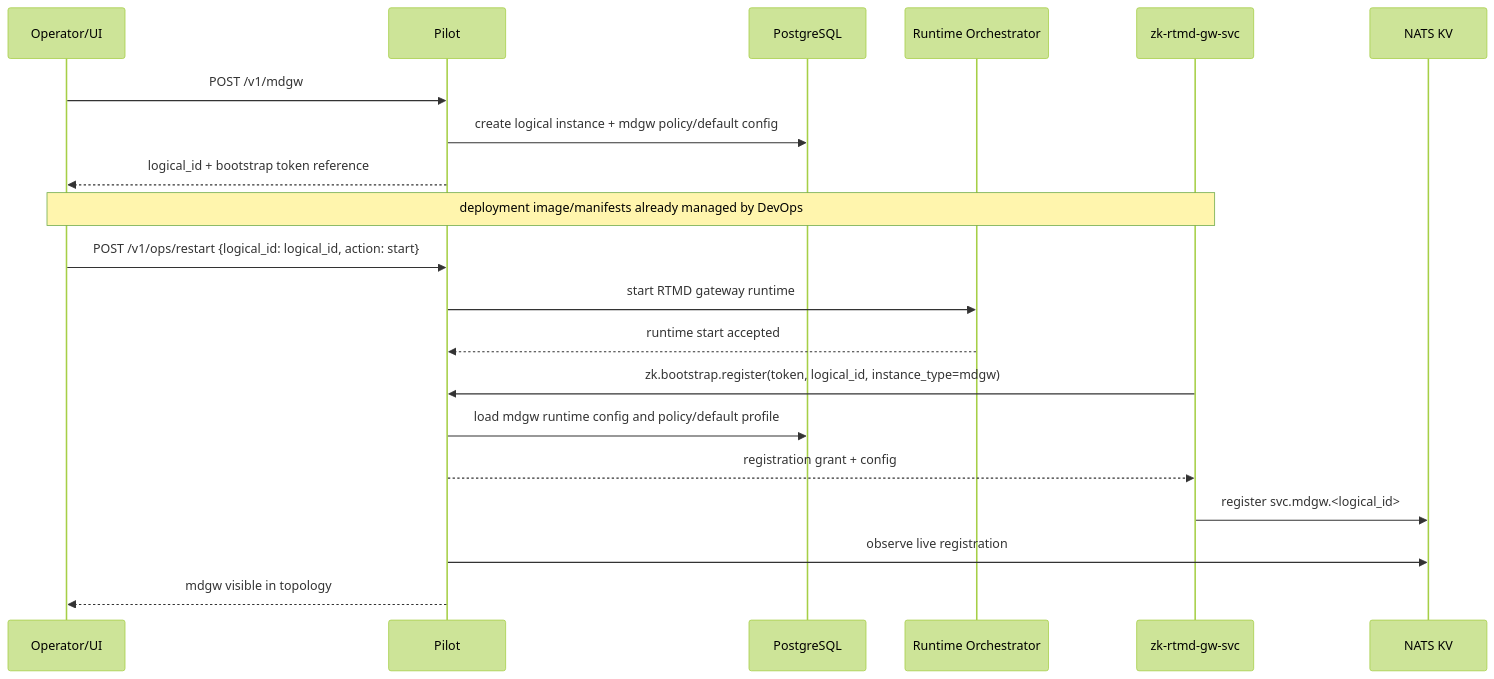
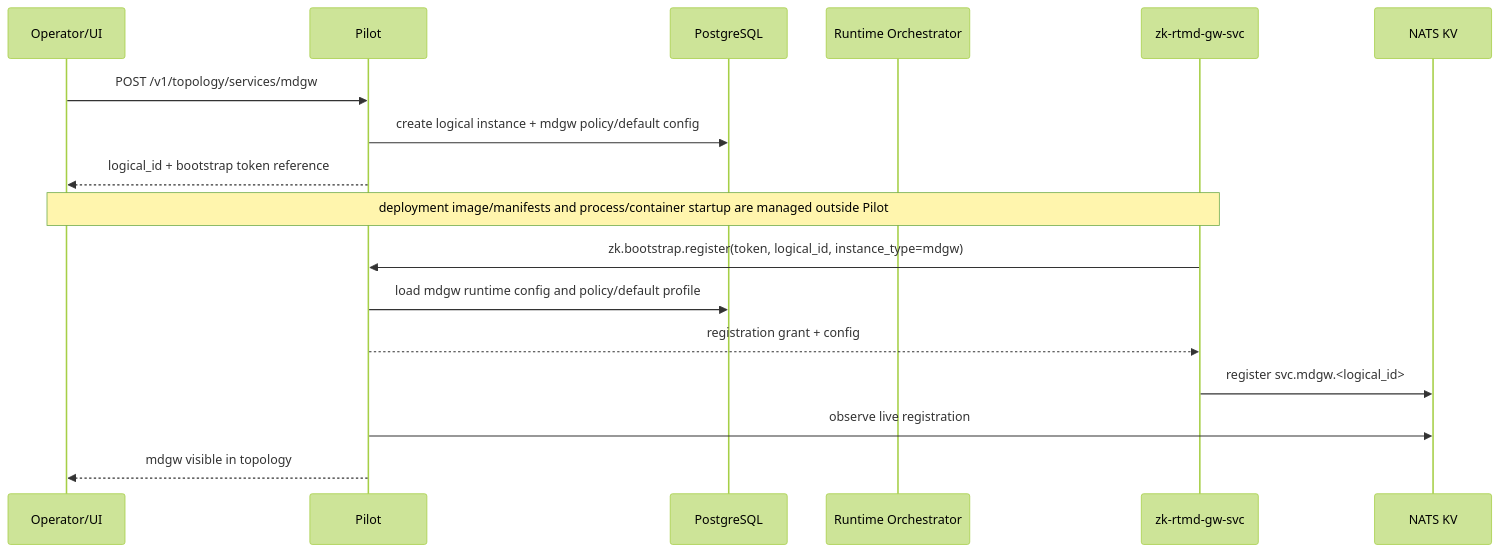
The third of 6 diagrams in docs/system-arch/services/pilot_service.md (soyvv/zkbot), drawn with Mermaid (forest theme) before and after one commit. The commit also changed other lines of this file and 10 other files, not shown here.

````diff
--- a/docs/system-arch/services/pilot_service.md
+++ b/docs/system-arch/services/pilot_service.md
@@ -539,24 +1238,21 @@
 ```mermaid
 sequenceDiagram
     participant U as Operator/UI
     participant P as Pilot
     participant DB as PostgreSQL
     participant R as Runtime Orchestrator
     participant MDGW as zk-rtmd-gw-svc
     participant KV as NATS KV
 
-    U->>P: POST /v1/mdgw
+    U->>P: POST /v1/topology/services/mdgw
     P->>DB: create logical instance + mdgw policy/default config
     P-->>U: logical_id + bootstrap token reference
 
-    Note over U,MDGW: deployment image/manifests already managed by DevOps
-    U->>P: POST /v1/ops/restart {logical_id: logical_id, action: start}
-    P->>R: start RTMD gateway runtime
-    R-->>P: runtime start accepted
+    Note over U,MDGW: deployment image/manifests and process/container startup are managed outside Pilot
     MDGW->>P: zk.bootstrap.register(token, logical_id, instance_type=mdgw)
     P->>DB: load mdgw runtime config and policy/default profile
     P-->>MDGW: registration grant + config
     MDGW->>KV: register svc.mdgw.<logical_id>
     P->>KV: observe live registration
     P-->>U: mdgw visible in topology
 ```
````
